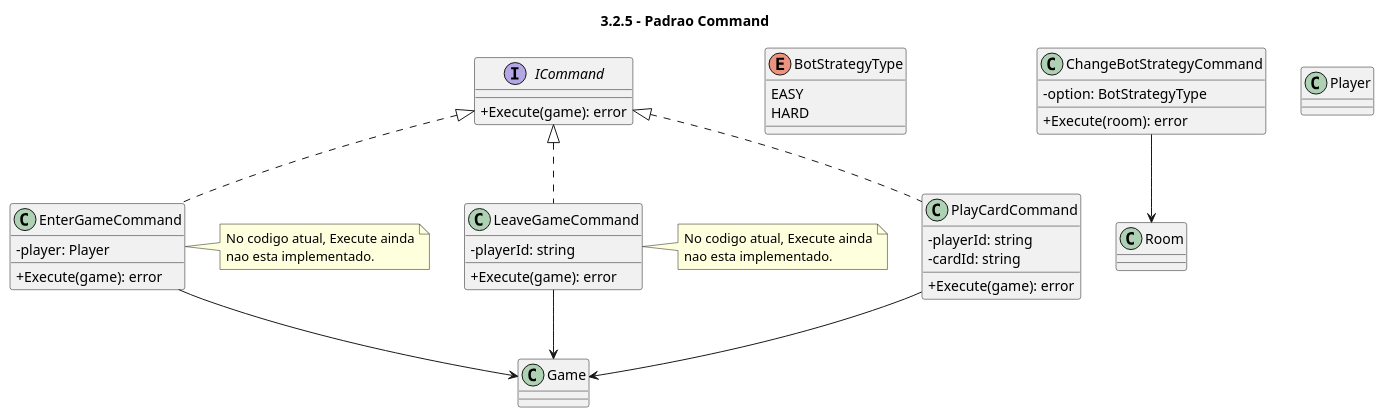
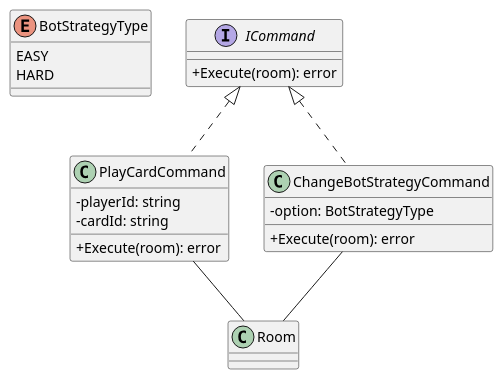
Before and after one commit to DuarteMSousa/PEDWM_TP1: the diagram in DocumentacaoV2/classes/05_command_pattern.puml, drawn with PlantUML. The commit also changed 4 other files, not shown here.

First line of the commit message:
Refactor UML class diagrams and patterns

```diff
--- a/DocumentacaoV2/classes/05_command_pattern.puml
+++ b/DocumentacaoV2/classes/05_command_pattern.puml
@@ -1,59 +1,34 @@
 @startuml
-title 3.2.5 - Padrao Command
 
 skinparam classAttributeIconSize 0
 
 enum BotStrategyType {
   EASY
   HARD
 }
 
 interface ICommand {
-  +Execute(game): error
+  +Execute(room): error
 }
 
-class EnterGameCommand {
-  -player: Player
-  +Execute(game): error
-}
 
 class PlayCardCommand {
   -playerId: string
   -cardId: string
-  +Execute(game): error
-}
-
-class LeaveGameCommand {
-  -playerId: string
-  +Execute(game): error
+  +Execute(room): error
 }
 
 class ChangeBotStrategyCommand {
   -option: BotStrategyType
   +Execute(room): error
 }
 
-class Game
 class Room
-class Player
 
-ICommand <|.. EnterGameCommand
 ICommand <|.. PlayCardCommand
-ICommand <|.. LeaveGameCommand
+ICommand <|.. ChangeBotStrategyCommand
 
-EnterGameCommand --> Game
-PlayCardCommand --> Game
-LeaveGameCommand --> Game
-ChangeBotStrategyCommand --> Room
-
-note right of EnterGameCommand
-No codigo atual, Execute ainda
-nao esta implementado.
-end note
-
-note right of LeaveGameCommand
-No codigo atual, Execute ainda
-nao esta implementado.
-end note
+PlayCardCommand -- Room
+ChangeBotStrategyCommand -- Room
 
 @enduml
```
